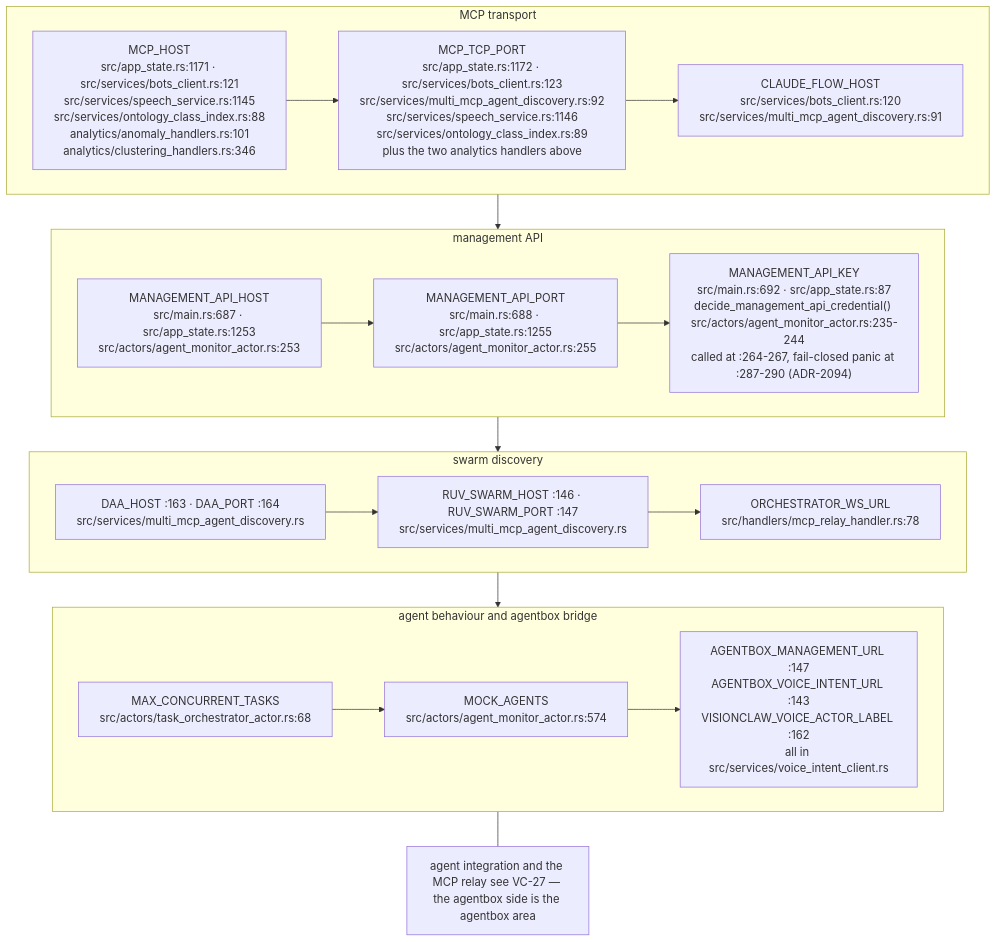
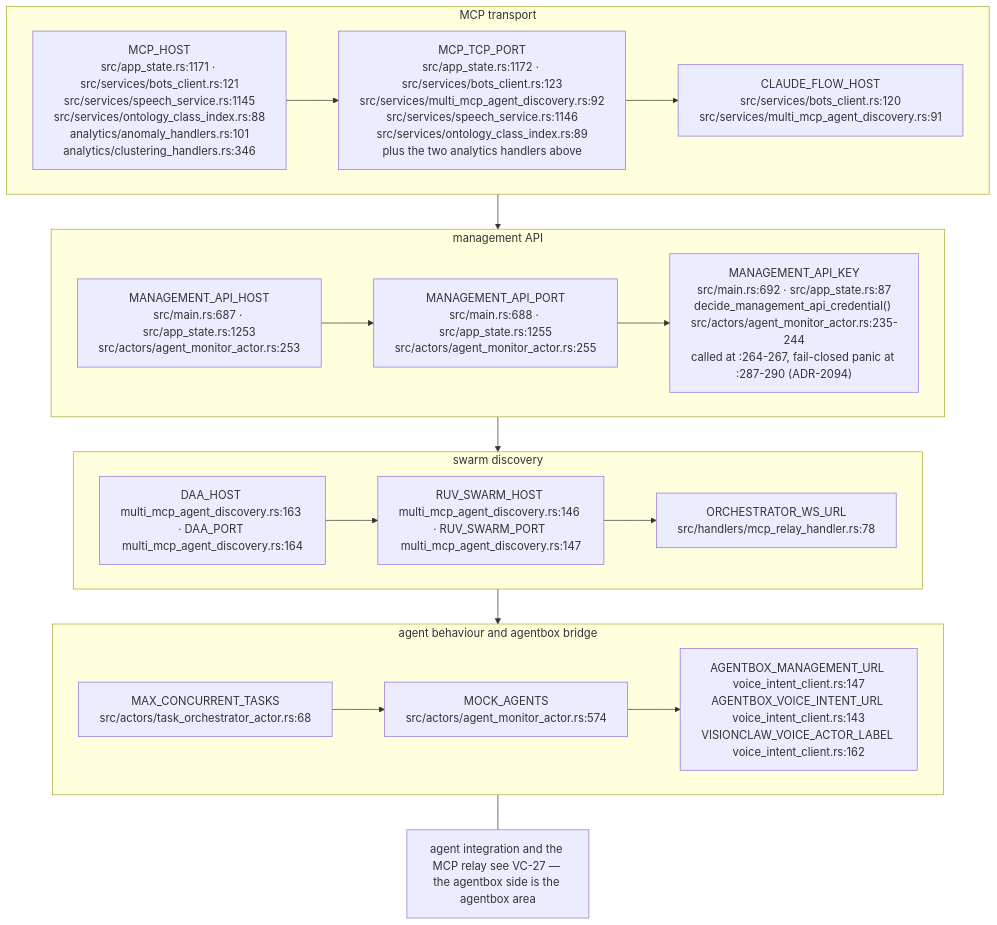
Before and after one commit to DreamLab-AI/VisionFlow: diagram 12 of 15 in docs/diagrams/visionclaw/09-config-and-env-flags.md, drawn with Mermaid. The commit also changed other lines of this file and 52 other files, not shown here.

First line of the commit message:
docs(diagrams): wave 3 checkpoint — bare line refs resolved, revision-pinned cite-check, VC-05/AB-01..13 re-attested

````diff
--- a/docs/diagrams/visionclaw/09-config-and-env-flags.md
+++ b/docs/diagrams/visionclaw/09-config-and-env-flags.md
@@ -462,18 +463,18 @@
 ```mermaid
 flowchart TB
     subgraph MCP["MCP transport"]
         M1["MCP_HOST<br/>src/app_state.rs:1171 · src/services/bots_client.rs:121<br/>src/services/speech_service.rs:1145<br/>src/services/ontology_class_index.rs:88<br/>analytics/anomaly_handlers.rs:101<br/>analytics/clustering_handlers.rs:346"] --> M2["MCP_TCP_PORT<br/>src/app_state.rs:1172 · src/services/bots_client.rs:123<br/>src/services/multi_mcp_agent_discovery.rs:92<br/>src/services/speech_service.rs:1146<br/>src/services/ontology_class_index.rs:89<br/>plus the two analytics handlers above"] --> M3["CLAUDE_FLOW_HOST<br/>src/services/bots_client.rs:120<br/>src/services/multi_mcp_agent_discovery.rs:91"]
     end
     subgraph MGMT["management API"]
         G1["MANAGEMENT_API_HOST<br/>src/main.rs:687 · src/app_state.rs:1253<br/>src/actors/agent_monitor_actor.rs:253"] --> G2["MANAGEMENT_API_PORT<br/>src/main.rs:688 · src/app_state.rs:1255<br/>src/actors/agent_monitor_actor.rs:255"] --> G3["MANAGEMENT_API_KEY<br/>src/main.rs:692 · src/app_state.rs:87<br/>decide_management_api_credential() src/actors/agent_monitor_actor.rs:235-244<br/>called at :264-267, fail-closed panic at :287-290 (ADR-2094)"]
     end
     subgraph DISC["swarm discovery"]
-        D1["DAA_HOST :163 · DAA_PORT :164<br/>src/services/multi_mcp_agent_discovery.rs"] --> D2["RUV_SWARM_HOST :146 · RUV_SWARM_PORT :147<br/>src/services/multi_mcp_agent_discovery.rs"] --> D3["ORCHESTRATOR_WS_URL<br/>src/handlers/mcp_relay_handler.rs:78"]
+        D1["DAA_HOST multi_mcp_agent_discovery.rs:163 · DAA_PORT multi_mcp_agent_discovery.rs:164"] --> D2["RUV_SWARM_HOST multi_mcp_agent_discovery.rs:146 · RUV_SWARM_PORT multi_mcp_agent_discovery.rs:147"] --> D3["ORCHESTRATOR_WS_URL<br/>src/handlers/mcp_relay_handler.rs:78"]
     end
     subgraph AGENTS["agent behaviour and agentbox bridge"]
-        A1["MAX_CONCURRENT_TASKS<br/>src/actors/task_orchestrator_actor.rs:68"] --> A2["MOCK_AGENTS<br/>src/actors/agent_monitor_actor.rs:574"] --> A3["AGENTBOX_MANAGEMENT_URL :147<br/>AGENTBOX_VOICE_INTENT_URL :143<br/>VISIONCLAW_VOICE_ACTOR_LABEL :162<br/>all in src/services/voice_intent_client.rs"]
+        A1["MAX_CONCURRENT_TASKS<br/>src/actors/task_orchestrator_actor.rs:68"] --> A2["MOCK_AGENTS<br/>src/actors/agent_monitor_actor.rs:574"] --> A3["AGENTBOX_MANAGEMENT_URL voice_intent_client.rs:147<br/>AGENTBOX_VOICE_INTENT_URL voice_intent_client.rs:143<br/>VISIONCLAW_VOICE_ACTOR_LABEL voice_intent_client.rs:162"]
     end
     MCP --> MGMT --> DISC --> AGENTS
     N["agent integration and the MCP relay see VC-27 — the agentbox side is the agentbox area"]
     AGENTS --- N
 ```
````
